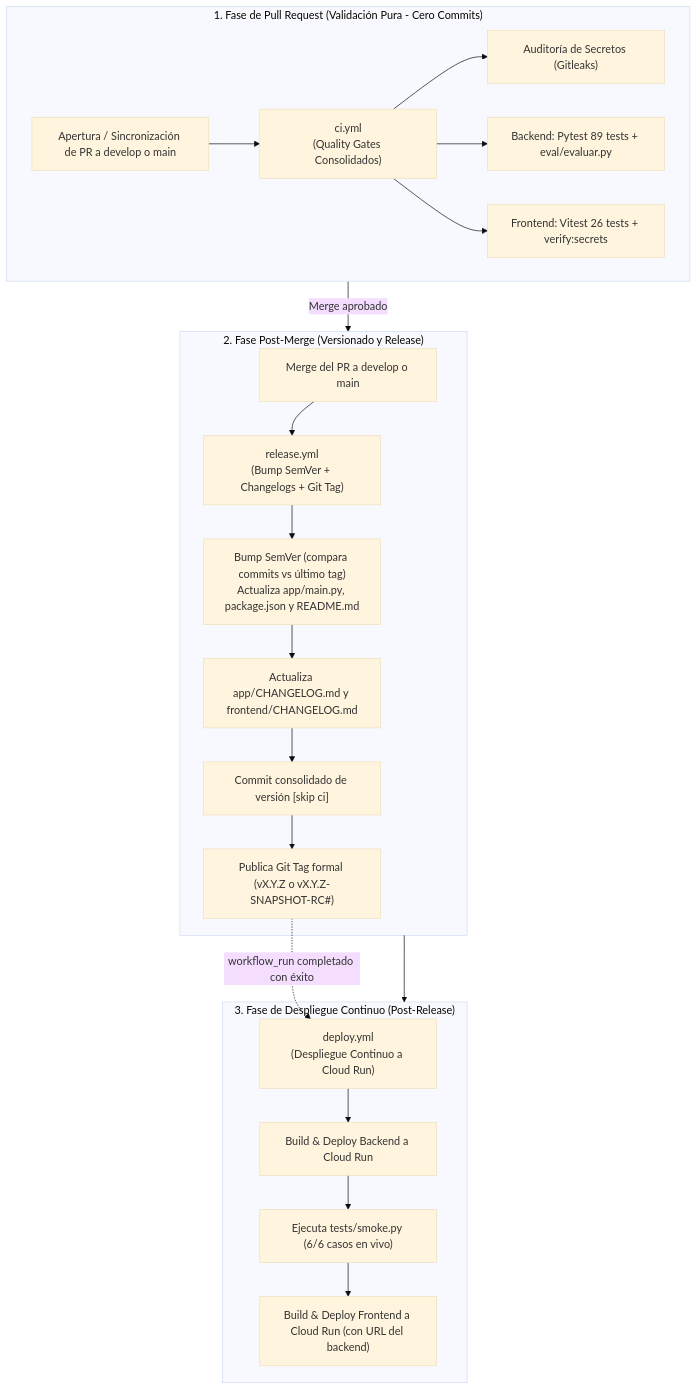
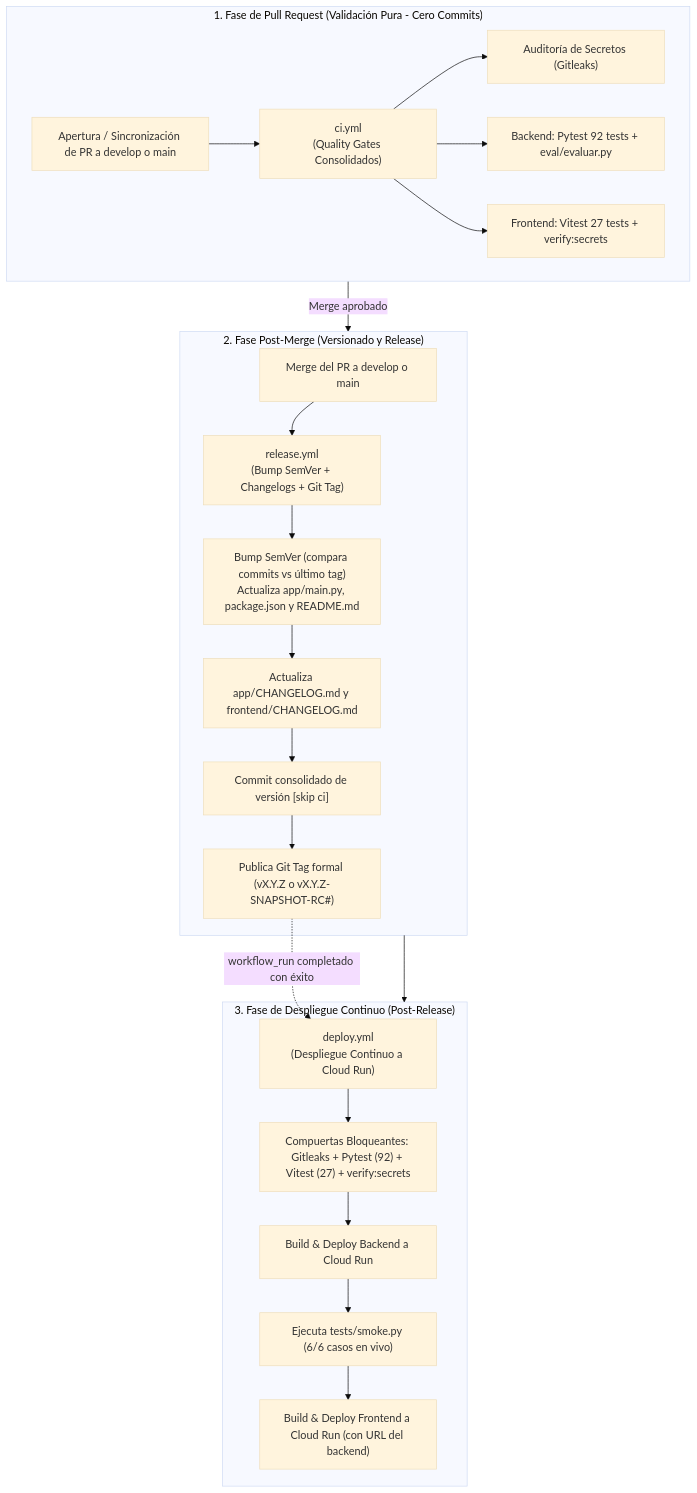
Before and after one commit to UNIPI6TO/PROY_GRADUACION_ASISTENTE_MEDICO_APP: the diagram in .github/workflows/README.md, drawn with Mermaid (base theme). The commit also changed other lines of this file and 9 other files, not shown here.

````diff
--- a/.github/workflows/README.md
+++ b/.github/workflows/README.md
@@ -9,27 +9,28 @@
 ```mermaid
 flowchart TD
     subgraph FASE1["1. Fase de Pull Request (Validación Pura - Cero Commits)"]
         PR["Apertura / Sincronización de PR a develop o main"] --> CI["ci.yml<br/>(Quality Gates Consolidados)"]
         CI --> GITLEAKS["Auditoría de Secretos (Gitleaks)"]
-        CI --> TEST_BE["Backend: Pytest 89 tests + eval/evaluar.py"]
-        CI --> TEST_FE["Frontend: Vitest 26 tests + verify:secrets"]
+        CI --> TEST_BE["Backend: Pytest 92 tests + eval/evaluar.py"]
+        CI --> TEST_FE["Frontend: Vitest 27 tests + verify:secrets"]
     end
 
     subgraph FASE2["2. Fase Post-Merge (Versionado y Release)"]
         MERGE["Merge del PR a develop o main"] --> RELEASE["release.yml<br/>(Bump SemVer + Changelogs + Git Tag)"]
         RELEASE --> BUMP["Bump SemVer (compara commits vs último tag)<br/>Actualiza app/main.py, package.json y README.md"]
         BUMP --> CHLOG["Actualiza app/CHANGELOG.md y frontend/CHANGELOG.md"]
         CHLOG --> COMMIT["Commit consolidado de versión [skip ci]"]
         COMMIT --> TAG["Publica Git Tag formal (vX.Y.Z o vX.Y.Z-SNAPSHOT-RC#)"]
     end
 
     subgraph FASE3["3. Fase de Despliegue Continuo (Post-Release)"]
         TAG -.->|workflow_run completado con éxito| DEPLOY["deploy.yml<br/>(Despliegue Continuo a Cloud Run)"]
-        DEPLOY --> BE_DEPLOY["Build & Deploy Backend a Cloud Run"]
+        DEPLOY --> QGATE["Compuertas Bloqueantes: Gitleaks + Pytest (92) + Vitest (27) + verify:secrets"]
+        QGATE --> BE_DEPLOY["Build & Deploy Backend a Cloud Run"]
         BE_DEPLOY --> SMOKE["Ejecuta tests/smoke.py (6/6 casos en vivo)"]
         SMOKE --> FE_DEPLOY["Build & Deploy Frontend a Cloud Run (con URL del backend)"]
     end
 
     FASE1 -->|Merge aprobado| FASE2
     FASE2 --> FASE3
 ```
````
